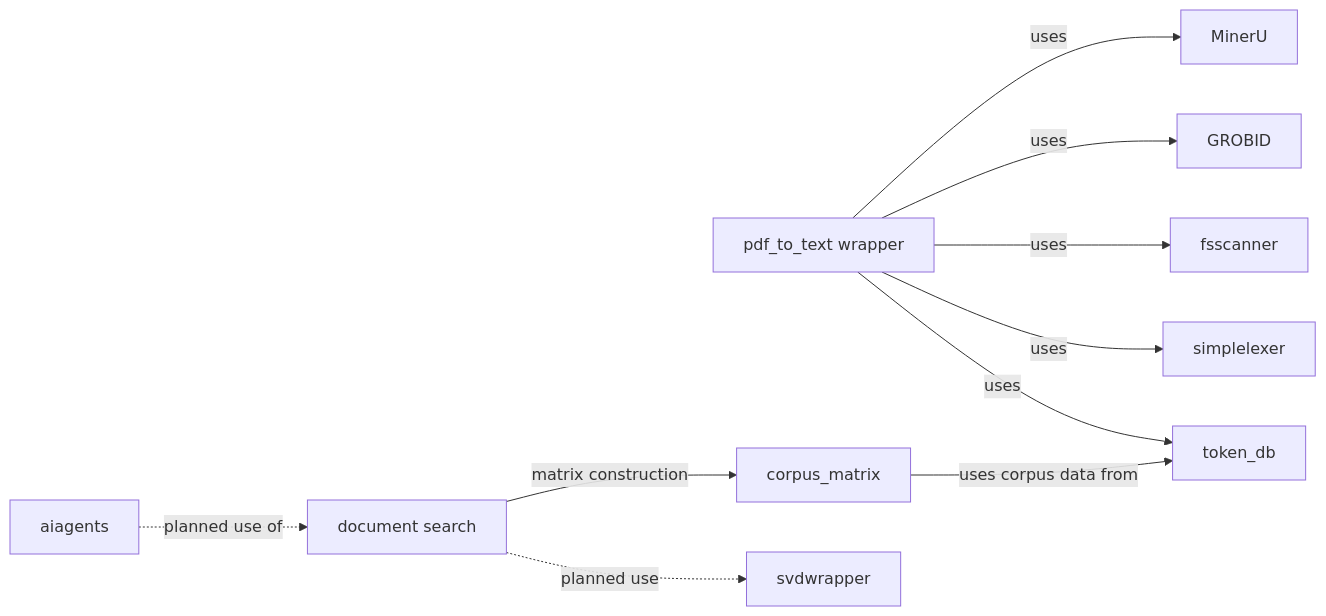
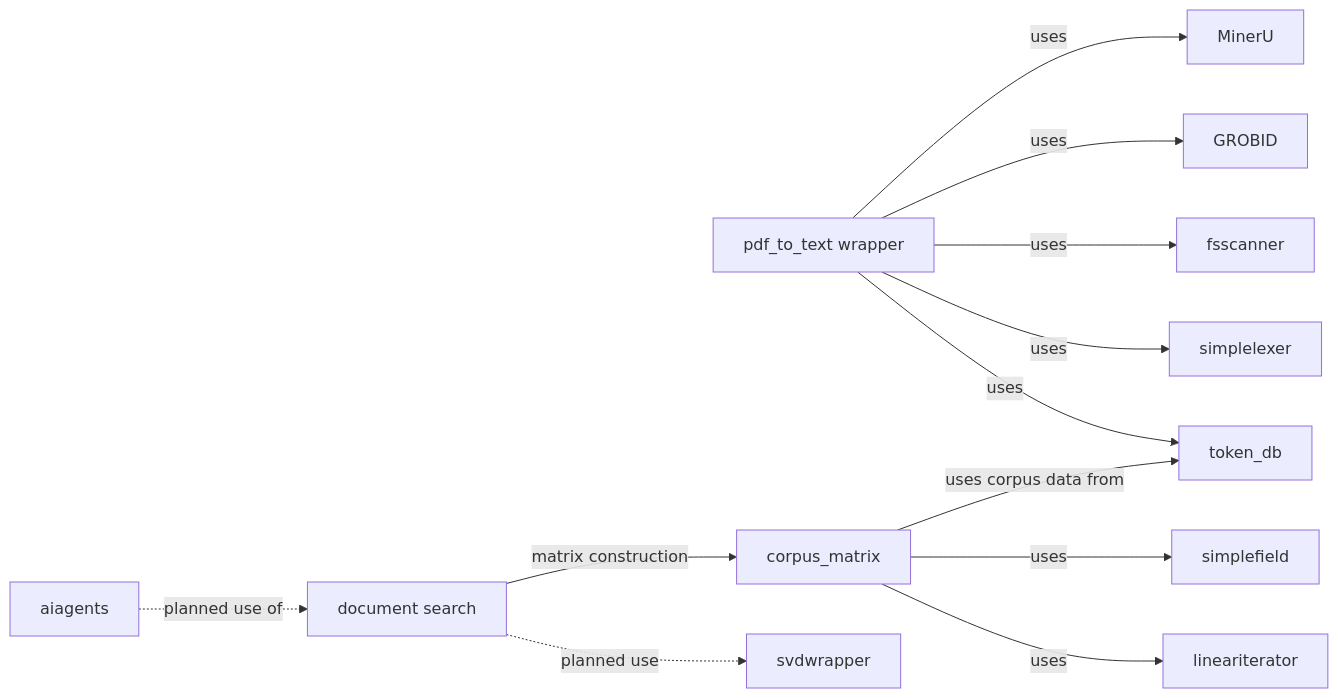
One commit to witold-k/witold-k changed the fourth of 6 diagrams in README.md. Above: the diagram before and after it, drawn with Mermaid. The commit also changed other lines of this file, not shown here.

Commit message:
Document corpus_matrix library dependencies

````diff
--- a/README.md
+++ b/README.md
@@ -75,12 +75,14 @@
 ```mermaid
 flowchart LR
     P[pdf_to_text wrapper] -->|uses| MU[MinerU]
     P -->|uses| GR[GROBID]
     P -->|uses| FS[fsscanner]
     P -->|uses| LX[simplelexer]
     P -->|uses| T[token_db]
     CM[corpus_matrix] -->|uses corpus data from| T
+    CM -->|uses| SF[simplefield]
+    CM -->|uses| LI[lineariterator]
     SEARCH[document search] -->|matrix construction| CM
     SEARCH -.->|planned use| SVD[svdwrapper]
     A[aiagents] -.->|planned use of| SEARCH
 ```
````
